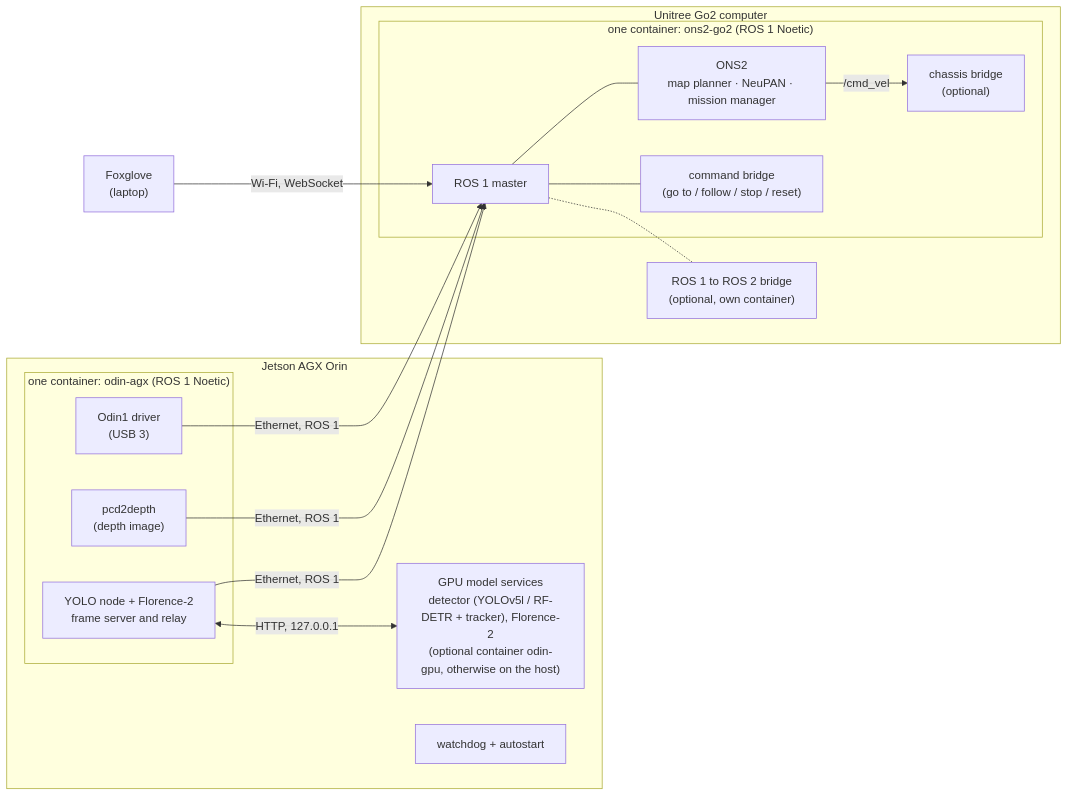
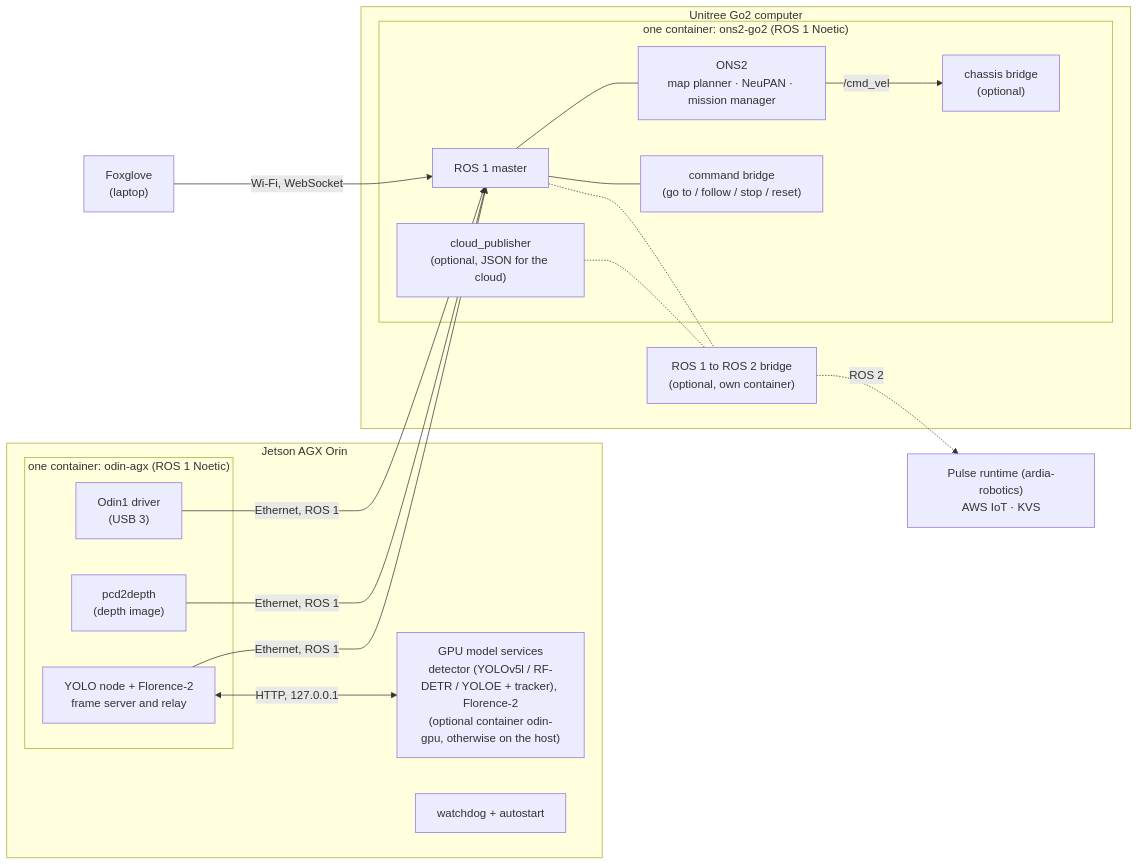
Before and after one commit to datamentors/Odin-Nav-Stack2: the diagram in go2_agx/README.md, drawn with Mermaid. The commit also changed other lines of this file and 1 other file, not shown here.

Commit message:
docs(go2_agx): cloud_publisher in the READMEs

````diff
--- a/go2_agx/README.md
+++ b/go2_agx/README.md
@@ -15,28 +15,32 @@
 ```mermaid
 flowchart LR
   subgraph AGX["Jetson AGX Orin"]
     subgraph AC["one container: odin-agx (ROS 1 Noetic)"]
       O1["Odin1 driver<br/>(USB 3)"]
       D["pcd2depth<br/>(depth image)"]
       Y["YOLO node + Florence-2<br/>frame server and relay"]
     end
-    G["GPU model services<br/>detector (YOLOv5l / RF-DETR + tracker), Florence-2<br/>(optional container odin-gpu, otherwise on the host)"]
+    G["GPU model services<br/>detector (YOLOv5l / RF-DETR / YOLOE + tracker), Florence-2<br/>(optional container odin-gpu, otherwise on the host)"]
     W["watchdog + autostart"]
     Y <-- "HTTP, 127.0.0.1" --> G
   end
   subgraph GO2["Unitree Go2 computer"]
     subgraph GC["one container: ons2-go2 (ROS 1 Noetic)"]
       M["ROS 1 master"]
       N["ONS2<br/>map planner · NeuPAN · mission manager"]
       B["command bridge<br/>(go to / follow / stop / reset)"]
       C["chassis bridge<br/>(optional)"]
+      CP["cloud_publisher<br/>(optional, JSON for the cloud)"]
     end
     RB["ROS 1 to ROS 2 bridge<br/>(optional, own container)"]
     M -.- RB
+    CP -.- RB
   end
+  AW["Pulse runtime (ardia-robotics)<br/>AWS IoT · KVS"]
+  RB -. "ROS 2" .-> AW
   FG["Foxglove<br/>(laptop)"]
   O1 & D & Y -- "Ethernet, ROS 1" --> M
   M --- N & B
   N -- "/cmd_vel" --> C
   FG -- "Wi-Fi, WebSocket" --> M
 ```
````
